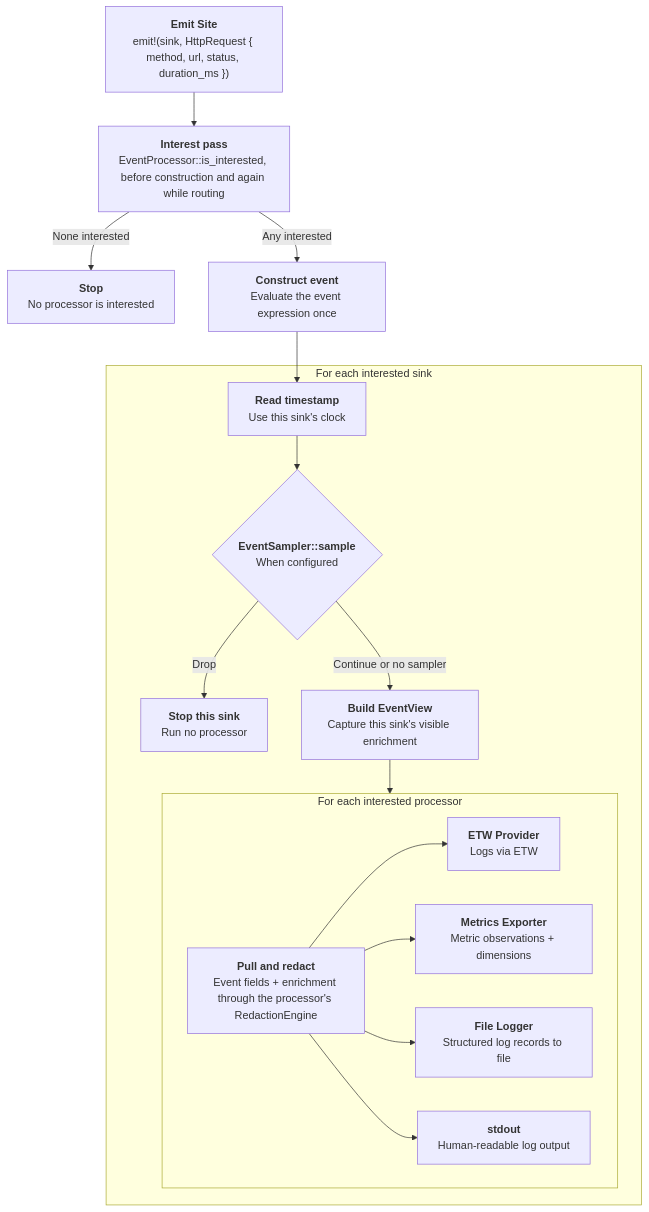
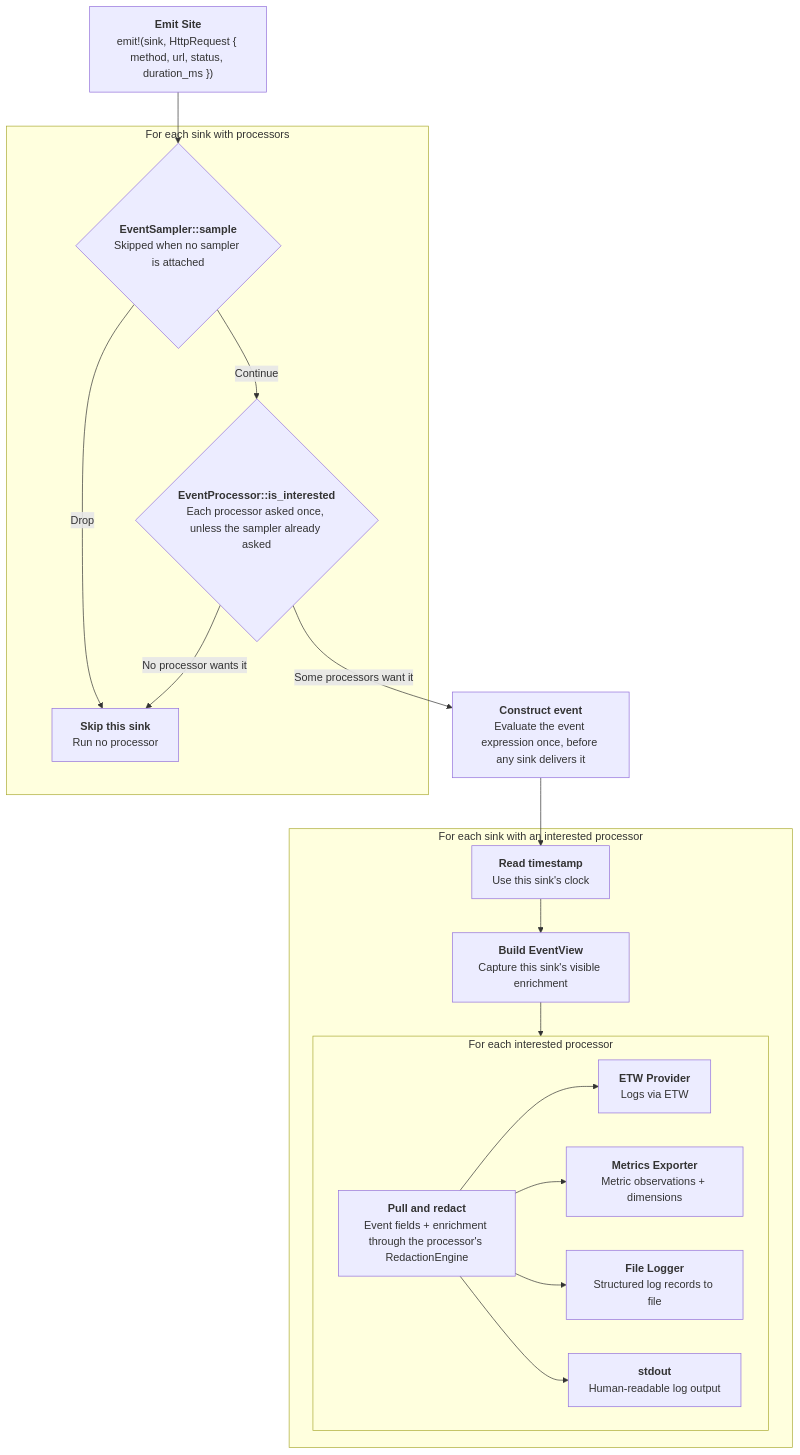
Before and after one commit to microsoft/oxidizer: the diagram in crates/observed/DESIGN.md, drawn with Mermaid. The commit also changed other lines of this file and 20 other files, not shown here.

Commit message:
feat(observed)!: unify is_interested and event sampling (#818)

```diff
--- a/crates/observed/DESIGN.md
+++ b/crates/observed/DESIGN.md
@@ -372,33 +375,36 @@
 :::mermaid
 flowchart TD
     emit["<b>Emit Site</b><br/>emit!(sink, HttpRequest { method, url, status, duration_ms })"]
-    filter["<b>Interest pass</b><br/>EventProcessor::is_interested, before construction and again while routing"]
-    stop["<b>Stop</b><br/>No processor is interested"]
-    construct["<b>Construct event</b><br/>Evaluate the event expression once"]
 
-    emit --> filter
-    filter -- "None interested" --> stop
-    filter -- "Any interested" --> construct
+    emit --> sample
+
+    subgraph decide ["For each sink with processors"]
+        sample{"<b>EventSampler::sample</b><br/>Skipped when no sampler is attached"}
+        interest{"<b>EventProcessor::is_interested</b><br/>Each processor asked once, unless the sampler already asked"}
+        skipped["<b>Skip this sink</b><br/>Run no processor"]
+
+        sample -- "Drop" --> skipped
+        sample -- "Continue" --> interest
+        interest -- "No processor wants it" --> skipped
+    end
+
+    interest -- "Some processors want it" --> construct
+    construct["<b>Construct event</b><br/>Evaluate the event expression once, before any sink delivers it"]
     construct --> timestamp
 
-    subgraph sink ["For each interested sink"]
+    subgraph deliver ["For each sink with an interested processor"]
         timestamp["<b>Read timestamp</b><br/>Use this sink's clock"]
-        sample{"<b>EventSampler::sample</b><br/>When configured"}
-        dropped["<b>Stop this sink</b><br/>Run no processor"]
         view["<b>Build EventView</b><br/>Capture this sink's visible enrichment"]
 
-        timestamp --> sample
-        sample -- "Drop" --> dropped
-        sample -- "Continue or no sampler" --> view
-
+        timestamp --> view
         view --> loop
 
         subgraph loop ["For each interested processor"]
             redact["<b>Pull and redact</b><br/>Event fields + enrichment through the processor's RedactionEngine"]
             redact --> etw["<b>ETW Provider</b><br/>Logs via ETW"]
             redact --> metrics["<b>Metrics Exporter</b><br/>Metric observations + dimensions"]
             redact --> file["<b>File Logger</b><br/>Structured log records to file"]
             redact --> stdout["<b>stdout</b><br/>Human-readable log output"]
         end
     end
 :::
```
